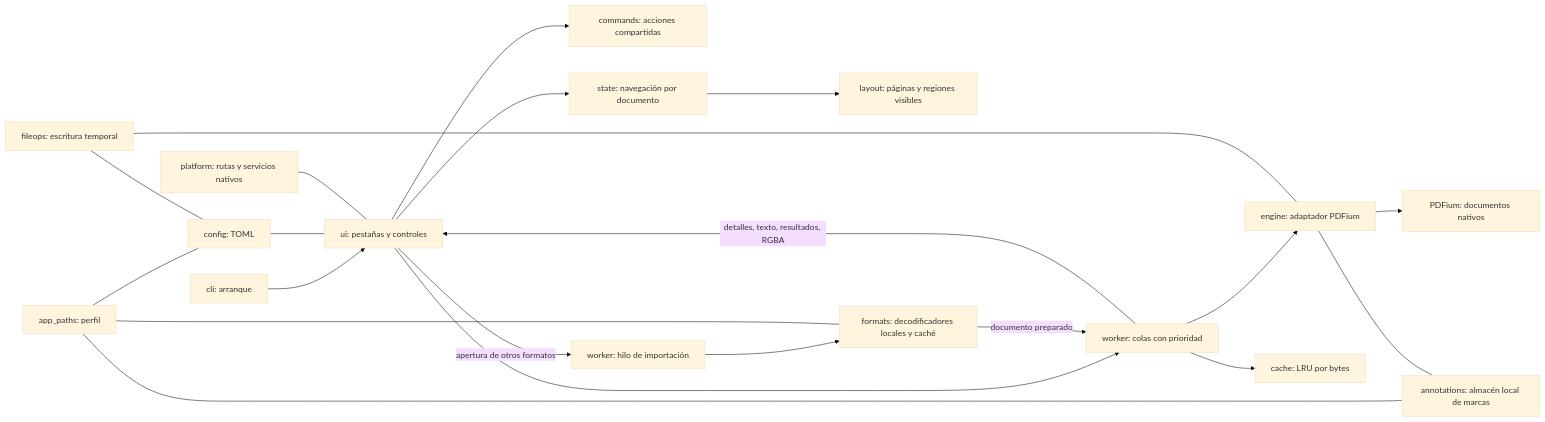
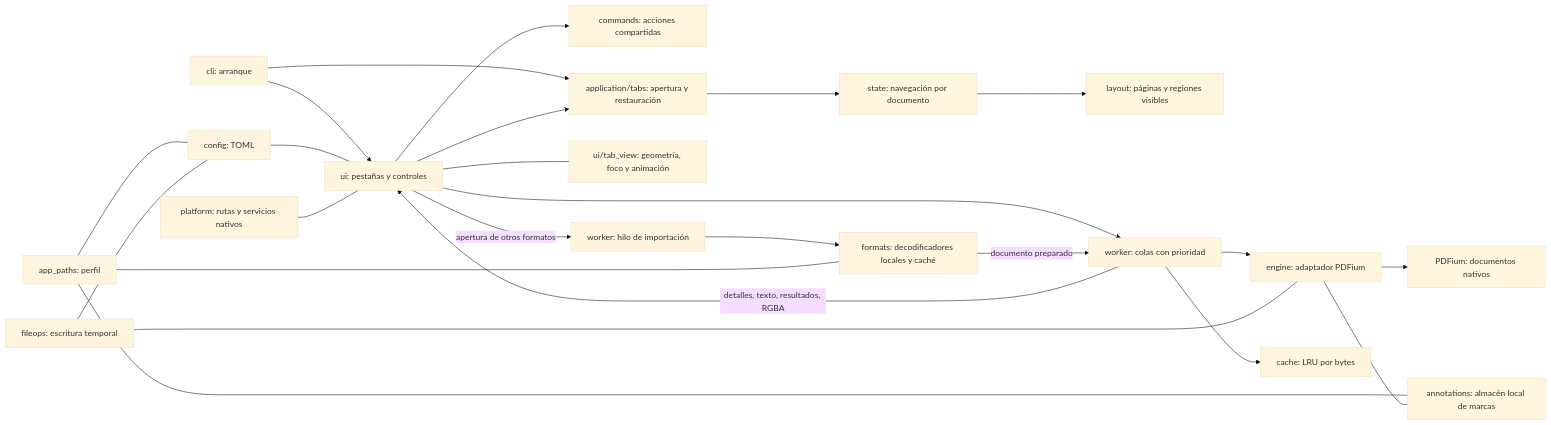
Before and after one commit to MHAlberto/crabpdf: the diagram in docs/ARCHITECTURE.md, drawn with Mermaid (base theme). The commit also changed other lines of this file and 6 other files, not shown here.

````diff
--- a/docs/ARCHITECTURE.md
+++ b/docs/ARCHITECTURE.md
@@ -9,23 +9,26 @@
 ```mermaid
 flowchart LR
     CLI[cli: arranque] --> UI[ui: pestañas y controles]
     UI --> Commands[commands: acciones compartidas]
-    UI --> State[state: navegación por documento]
+    CLI --> Tabs[application/tabs: apertura y restauración]
+    UI --> Tabs
+    Tabs --> State[state: navegación por documento]
+    UI --- View[ui/tab_view: geometría, foco y animación]
     State --> Layout[layout: páginas y regiones visibles]
     UI --> Worker[worker: colas con prioridad]
     UI -->|apertura de otros formatos| Import[worker: hilo de importación]
     Import --> Formats[formats: decodificadores locales y caché]
     Formats -->|documento preparado| Worker
     Worker --> Engine[engine: adaptador PDFium]
     Engine --> PDF[PDFium: documentos nativos]
     Worker --> Cache[cache: LRU por bytes]
     Worker -->|detalles, texto, resultados, RGBA| UI
     Config[config: TOML] --- UI
     Paths[app_paths: perfil] --- Config
     Paths --- Formats
     Paths --- Marks
     Files[fileops: escritura temporal] --- Config
     Files --- Engine
     Engine --- Marks[annotations: almacén local de marcas]
     Platform[platform: rutas y servicios nativos] --- UI
 ```
````
